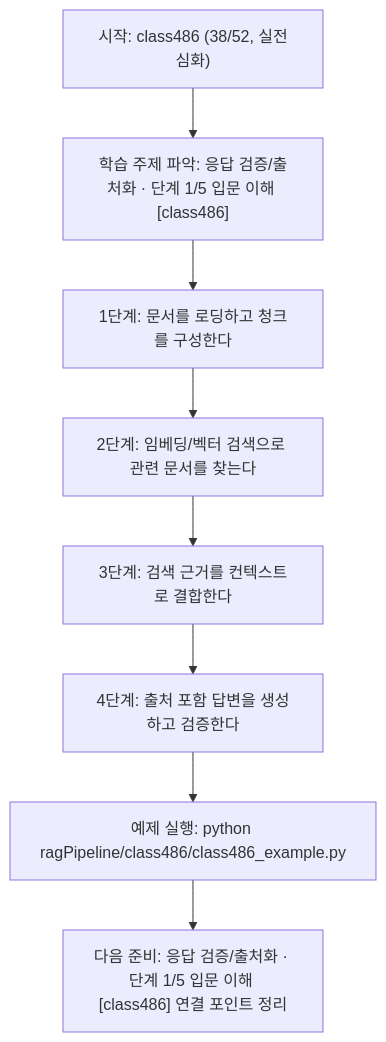
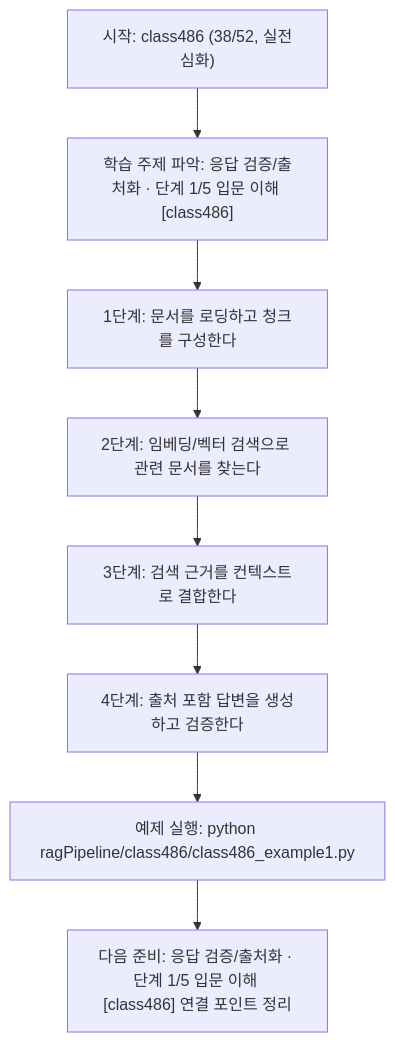
One commit to edumgt/Python-AI_Agent-Class changed the diagram in ragPipeline/class486/class486.md. Above: the diagram before and after it, drawn with Mermaid. The commit also changed other lines of this file and 2959 other files, not shown here.

````diff
--- a/ragPipeline/class486/class486.md
+++ b/ragPipeline/class486/class486.md
@@ -111,18 +111,18 @@
 ```mermaid
 flowchart TD
 N1["시작: class486 (38/52, 실전심화)"]
 N2["학습 주제 파악: 응답 검증/출처화 · 단계 1/5 입문 이해 [class486]"]
 N3["1단계: 문서를 로딩하고 청크를 구성한다"]
 N4["2단계: 임베딩/벡터 검색으로 관련 문서를 찾는다"]
 N5["3단계: 검색 근거를 컨텍스트로 결합한다"]
 N6["4단계: 출처 포함 답변을 생성하고 검증한다"]
-N7["예제 실행: python ragPipeline/class486/class486_example.py"]
+N7["예제 실행: python ragPipeline/class486/class486_example1.py"]
 N8["다음 준비: 응답 검증/출처화 · 단계 1/5 입문 이해 [class486] 연결 포인트 정리"]
 N1 --> N2
 N2 --> N3
 N3 --> N4
 N4 --> N5
 N5 --> N6
 N6 --> N7
 N7 --> N8
 ```
````
